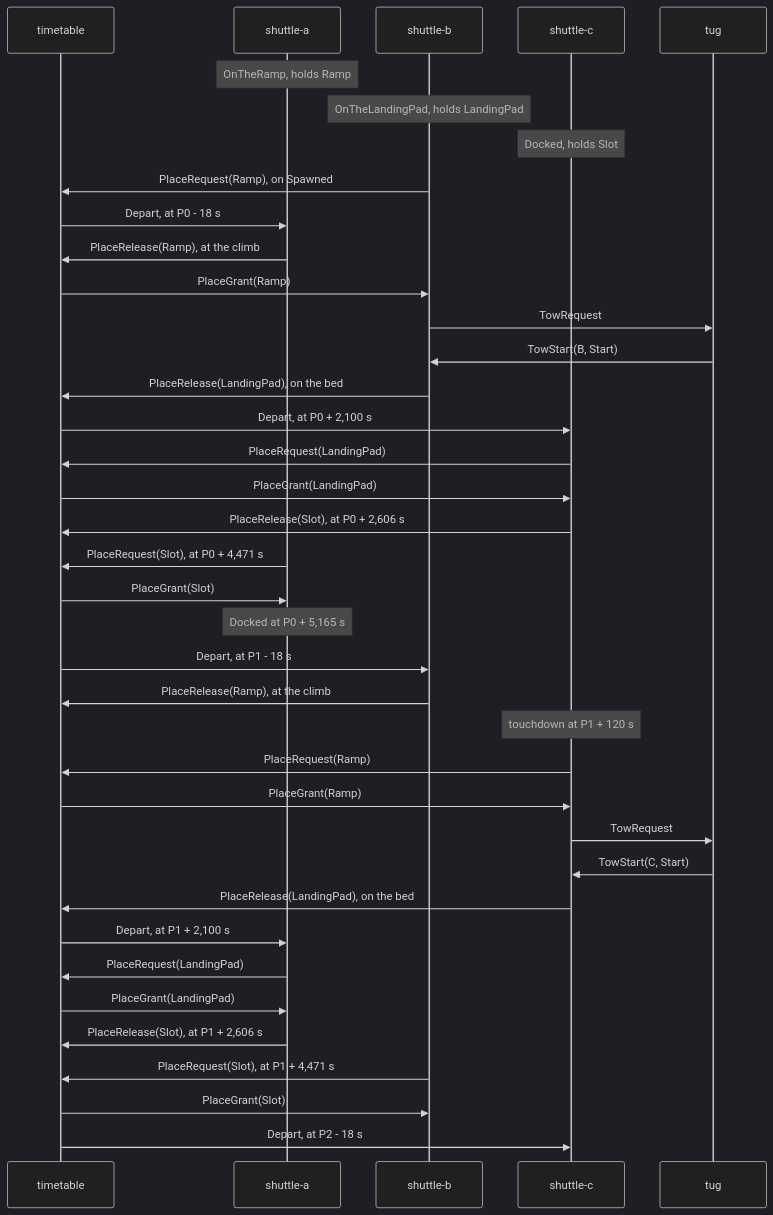
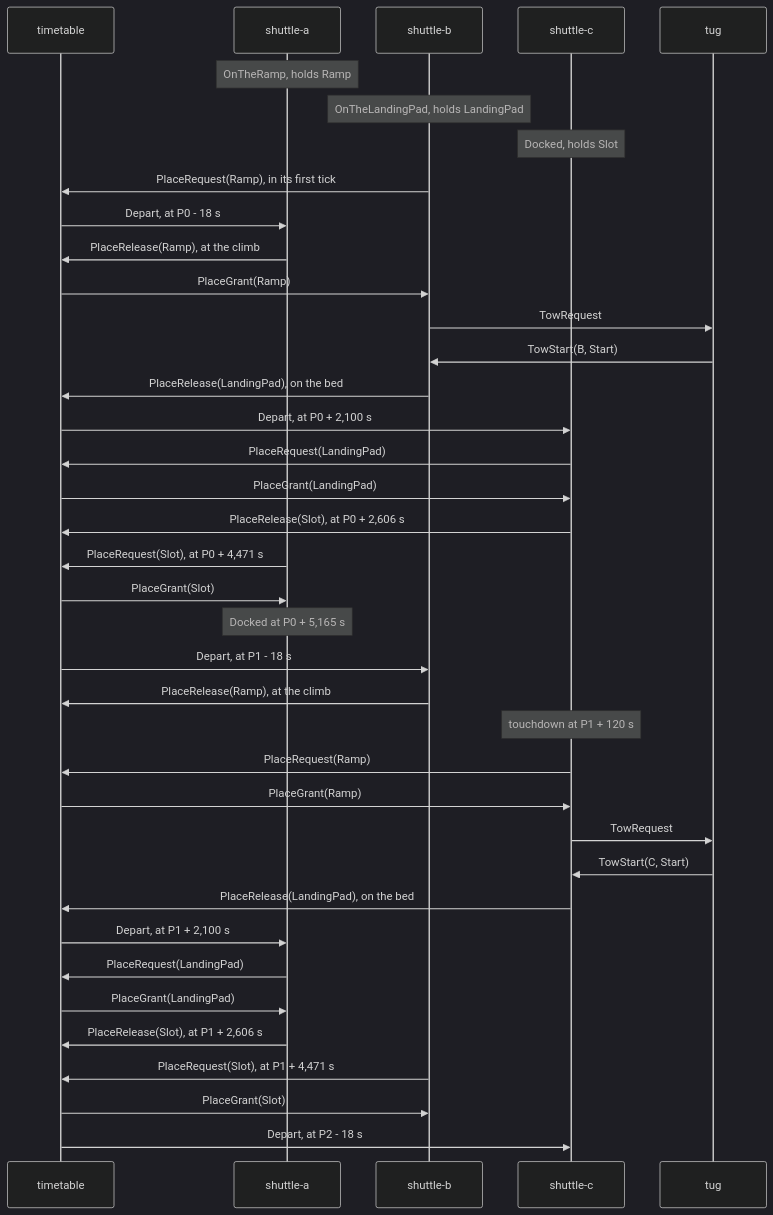
The fourth of 5 diagrams in docs/plans/live-world.md (alexispurslane/tertius), drawn with Mermaid (dark theme) before and after one commit. The commit also changed other lines of this file, not shown here.

````diff
--- a/docs/plans/live-world.md
+++ b/docs/plans/live-world.md
@@ -463,40 +845,40 @@
 ```mermaid
 sequenceDiagram
     participant TT as timetable
     participant A as shuttle-a
     participant B as shuttle-b
     participant C as shuttle-c
     participant Tug as tug
     Note over A: OnTheRamp, holds Ramp
     Note over B: OnTheLandingPad, holds LandingPad
     Note over C: Docked, holds Slot
-    B->>TT: PlaceRequest(Ramp), on Spawned
+    B->>TT: PlaceRequest(Ramp), in its first tick
     TT->>A: Depart, at P0 - 18 s
     A->>TT: PlaceRelease(Ramp), at the climb
     TT->>B: PlaceGrant(Ramp)
     B->>Tug: TowRequest
     Tug->>B: TowStart(B, Start)
     B->>TT: PlaceRelease(LandingPad), on the bed
     TT->>C: Depart, at P0 + 2,100 s
     C->>TT: PlaceRequest(LandingPad)
     TT->>C: PlaceGrant(LandingPad)
     C->>TT: PlaceRelease(Slot), at P0 + 2,606 s
     A->>TT: PlaceRequest(Slot), at P0 + 4,471 s
     TT->>A: PlaceGrant(Slot)
     Note over A: Docked at P0 + 5,165 s
     TT->>B: Depart, at P1 - 18 s
     B->>TT: PlaceRelease(Ramp), at the climb
     Note over C: touchdown at P1 + 120 s
     C->>TT: PlaceRequest(Ramp)
     TT->>C: PlaceGrant(Ramp)
     C->>Tug: TowRequest
     Tug->>C: TowStart(C, Start)
     C->>TT: PlaceRelease(LandingPad), on the bed
     TT->>A: Depart, at P1 + 2,100 s
     A->>TT: PlaceRequest(LandingPad)
     TT->>A: PlaceGrant(LandingPad)
     A->>TT: PlaceRelease(Slot), at P1 + 2,606 s
     B->>TT: PlaceRequest(Slot), at P1 + 4,471 s
     TT->>B: PlaceGrant(Slot)
     TT->>C: Depart, at P2 - 18 s
 ```
````
